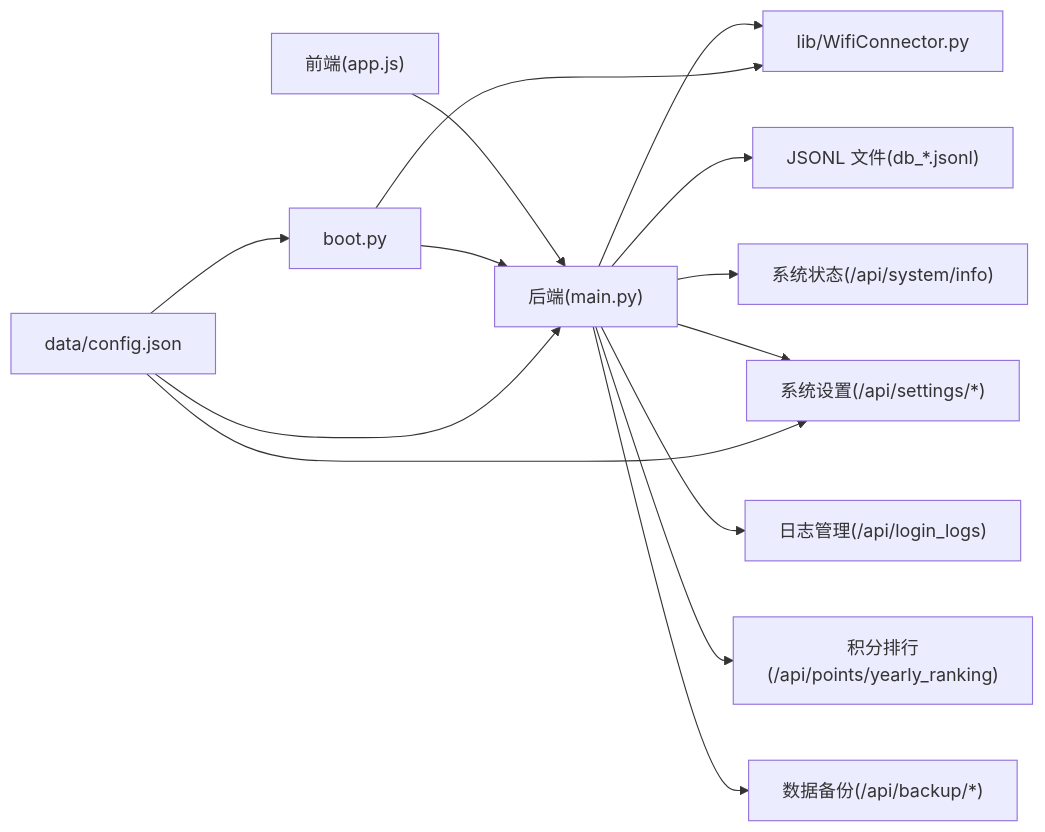
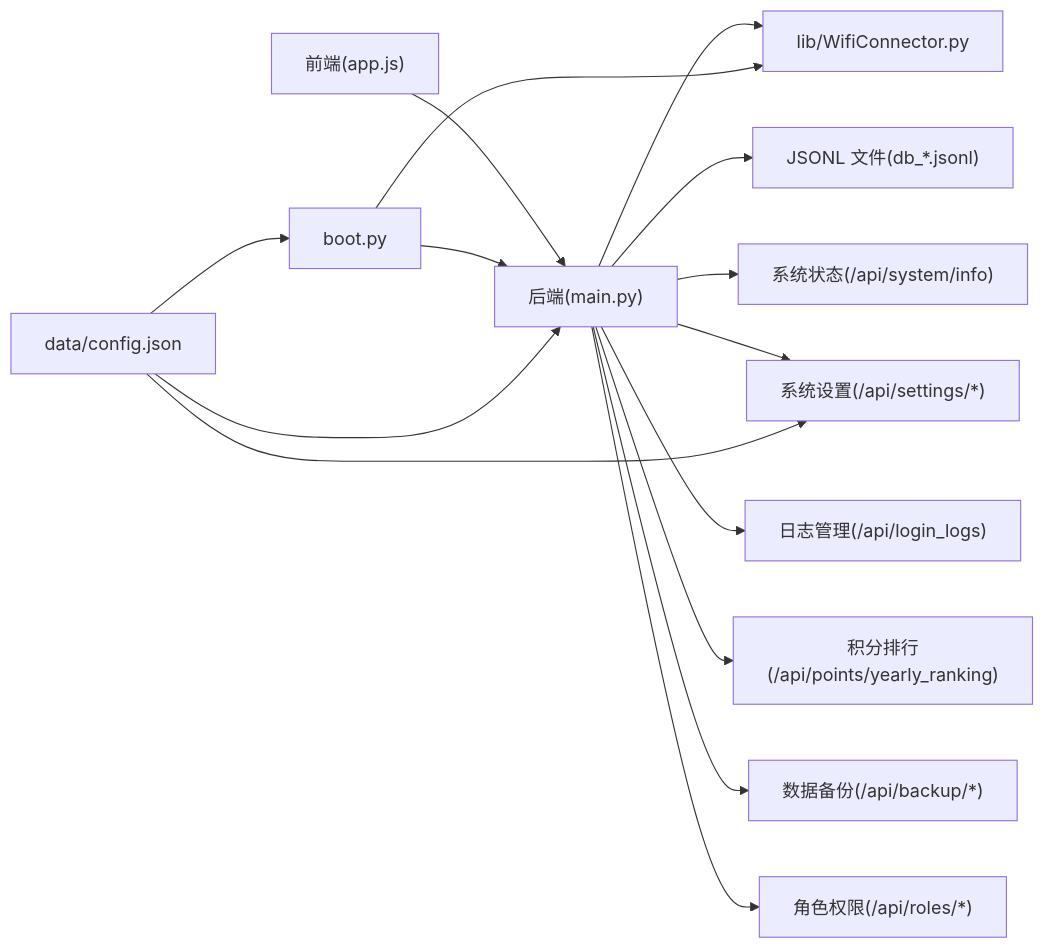
One commit to qq20739111/weilushishe-lishitai changed diagram 13 of 13 in .qoder/repowiki/zh/content/Web界面/Web界面.md. Above: the diagram before and after it, drawn with Mermaid. The commit also changed other lines of this file and 23 other files, not shown here.

````diff
--- a/.qoder/repowiki/zh/content/Web界面/Web界面.md
+++ b/.qoder/repowiki/zh/content/Web界面/Web界面.md
@@ -516,16 +625,17 @@
 ```mermaid
 graph LR
 FE["前端(app.js)"] --> API["后端(main.py)"]
 API --> JSONL["JSONL 文件(db_*.jsonl)"]
 API --> SYS["系统状态(/api/system/info)"]
 API --> SETTINGS["系统设置(/api/settings/*)"]
 API --> LOGS["日志管理(/api/login_logs)"]
 API --> RANKING["积分排行(/api/points/yearly_ranking)"]
 API --> BACKUP["数据备份(/api/backup/*)"]
 API --> WIFI["WiFi配置(/api/wifi/config)"]
+API --> ROLES["角色权限(/api/roles/*)"]
 BOOT["boot.py"] --> WIFI["lib/WifiConnector.py"]
 BOOT --> API
 DATA["data/config.json"] --> BOOT
 DATA --> API
 DATA --> SETTINGS
 ```
````
